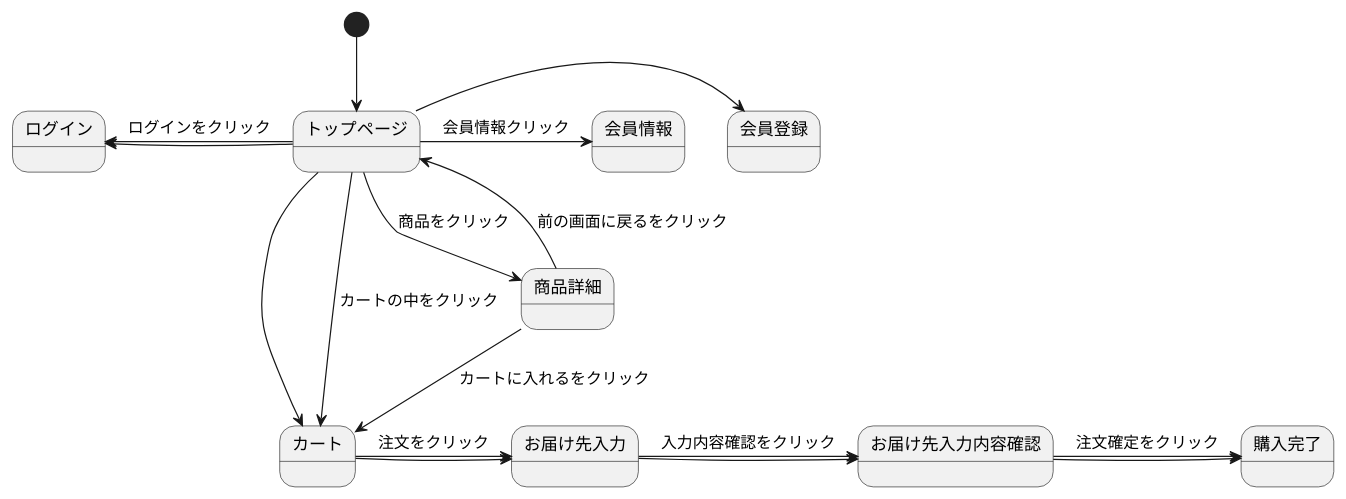
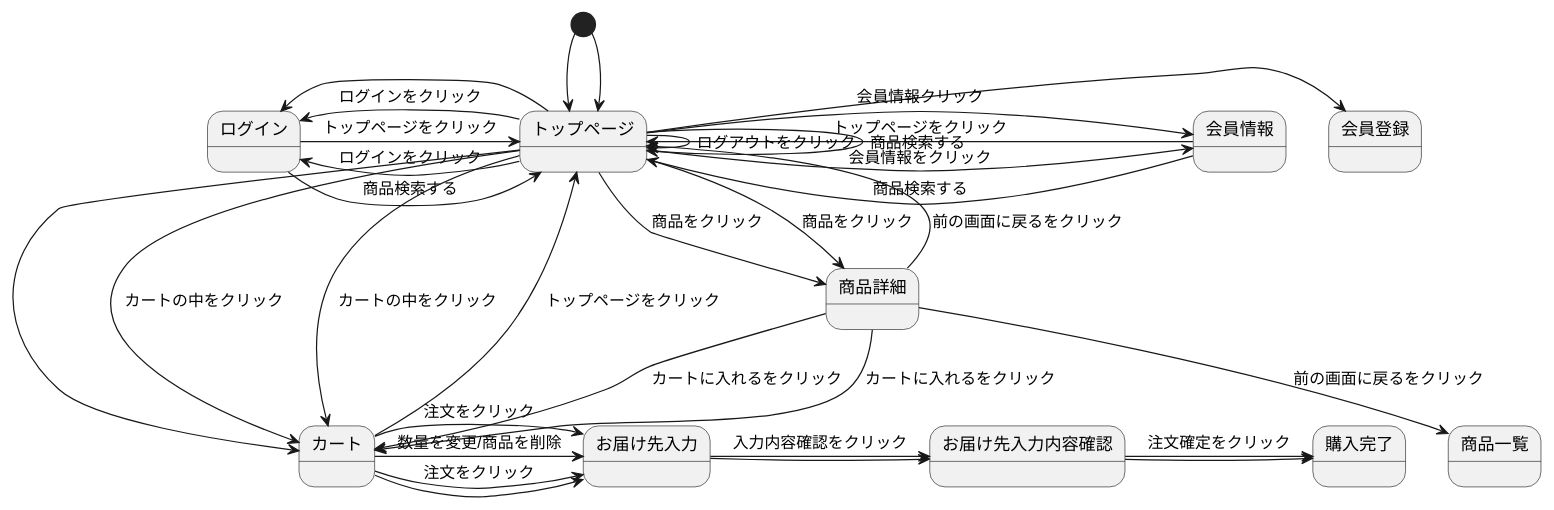
The diagram in stm01.md (Aso2001163/2021sys-design), drawn with PlantUML before and after one commit.

````diff
--- a/stm01.md
+++ b/stm01.md
@@ -1,21 +1,38 @@
 ```uml
 @startuml
 [*] --> トップページ
 トップページ -> 会員登録
 トップページ -left-> ログイン
 トップページ --> カート
 カート -> お届け先入力
 お届け先入力 -> お届け先入力内容確認
 お届け先入力内容確認 -> 購入完了
 トップページ -> 会員情報 : 会員情報クリック
 トップページ -left-> ログイン : ログインをクリック
 トップページ --> 商品詳細 : 商品をクリック
 トップページ --> カート : カートの中をクリック
 商品詳細 --> カート : カートに入れるをクリック
 商品詳細 --> トップページ : 前の画面に戻るをクリック
 カート -> お届け先入力 : 注文をクリック
 お届け先入力 -> お届け先入力内容確認 : 入力内容確認をクリック
 お届け先入力内容確認 -> 購入完了 : 注文確定をクリック
 
+[*] --> トップページ
+トップページ -> トップページ : ログアウトをクリック
+トップページ -> トップページ : 商品検索する
+トップページ -> 会員情報 : 会員情報をクリック
+トップページ -> 商品詳細 : 商品をクリック
+商品詳細 --> カート : カートに入れるをクリック
+商品詳細 --> 商品一覧 : 前の画面に戻るをクリック
+会員情報 -> トップページ : トップページをクリック
+会員情報 -> トップページ : 商品検索する
+トップページ -left-> ログイン : ログインをクリック
+ログイン -> トップページ : トップページをクリック
+ログイン -> トップページ : 商品検索する
+トップページ --> カート : カートの中をクリック
+カート -> トップページ : トップページをクリック
+カート -> お届け先入力 : 数量を変更/商品を削除
+カート -> お届け先入力 : 注文をクリック
+
 @enduml
 ```
````
